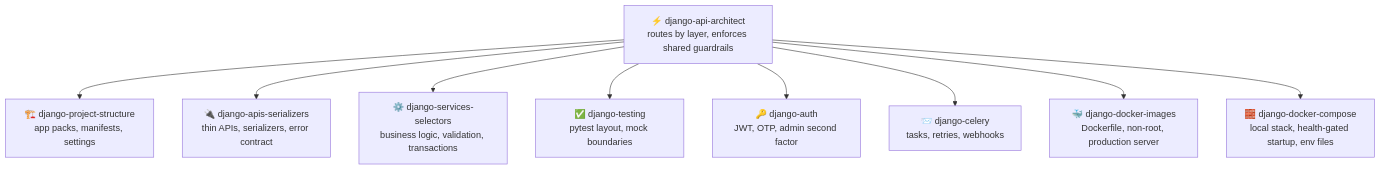
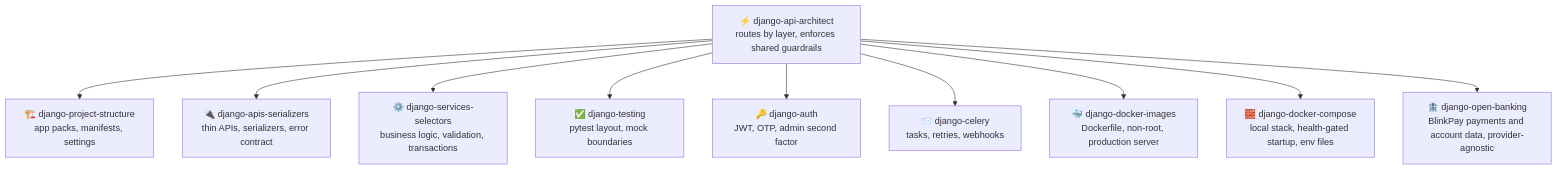
One commit to KinwiseNZ-DevOps/django-api-architect changed the diagram in README.md. Above: the diagram before and after it, drawn with Mermaid. The commit also changed other lines of this file and 25 other files, not shown here.

First line of the commit message:
Add django-open-banking skill for BlinkPay payments and account data

````diff
--- a/README.md
+++ b/README.md
@@ -76,12 +77,13 @@
 ```mermaid
 flowchart TD
     R["⚡ django-api-architect<br/>routes by layer, enforces shared guardrails"]
     R --> A["🏗️ django-project-structure<br/>app packs, manifests, settings"]
     R --> C["🔌 django-apis-serializers<br/>thin APIs, serializers, error contract"]
     R --> S["⚙️ django-services-selectors<br/>business logic, validation, transactions"]
     R --> T["✅ django-testing<br/>pytest layout, mock boundaries"]
     R --> A2["🔑 django-auth<br/>JWT, OTP, admin second factor"]
     R --> K["📨 django-celery<br/>tasks, retries, webhooks"]
     R --> D1["🐳 django-docker-images<br/>Dockerfile, non-root, production server"]
     R --> D2["🧱 django-docker-compose<br/>local stack, health-gated startup, env files"]
+    R --> OB["🏦 django-open-banking<br/>BlinkPay payments and account data, provider-agnostic"]
 ```
````
